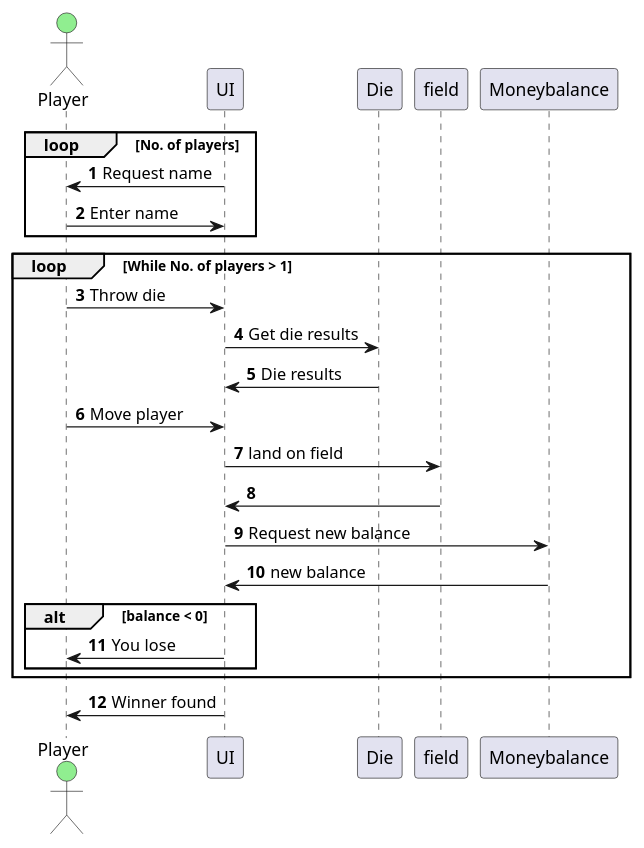
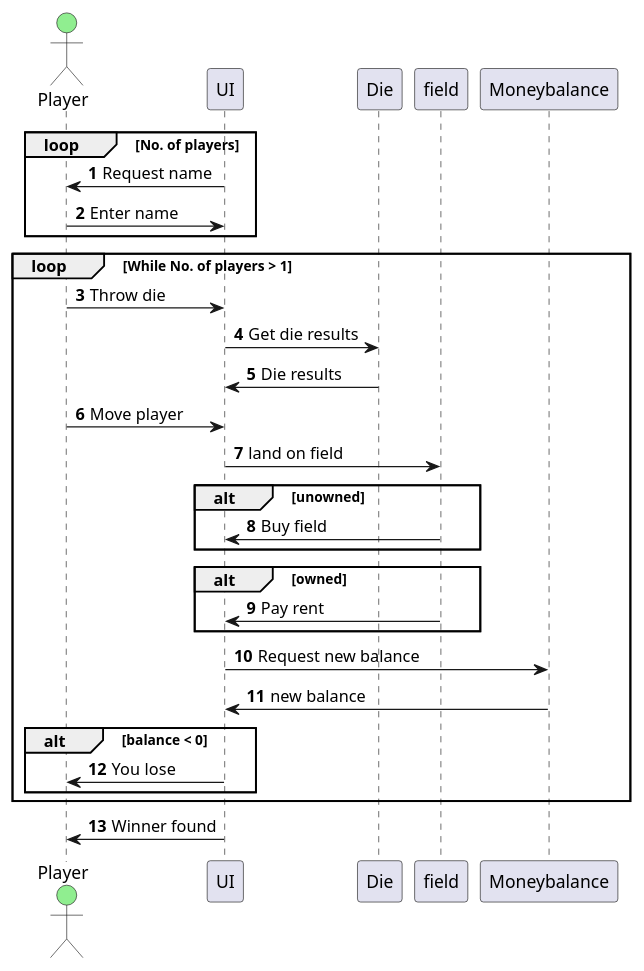
One commit to Magnusrk/G16.Matador changed the diagram in src/UML/SekvensDiagramMVP.puml. Above: the diagram before and after it, drawn with PlantUML. The commit also changed 1 other file, not shown here.

Commit message:
Fixed bankruptcy when paying rent

```diff
--- a/src/UML/SekvensDiagramMVP.puml
+++ b/src/UML/SekvensDiagramMVP.puml
@@ -1,28 +1,33 @@
 @startuml
 'https://plantuml.com/sequence-diagram
 
 autonumber
 
 actor Player #lightgreen
 loop No. of players
 Player <-UI : Request name
 Player -> UI: Enter name
 end
 
 loop While No. of players > 1
 Player -> UI: Throw die
 UI -> Die: Get die results
 UI <- Die: Die results
 Player -> UI: Move player
 UI-> field: land on field
-UI <- field:
+alt unowned
+UI <- field: Buy field
+end
+alt owned
+UI <- field: Pay rent
+end
 UI -> Moneybalance: Request new balance
 UI <- Moneybalance: new balance
 alt balance < 0
 Player <- UI: You lose
 end
 end
 Player <- UI: Winner found
 
 
 @enduml
```
